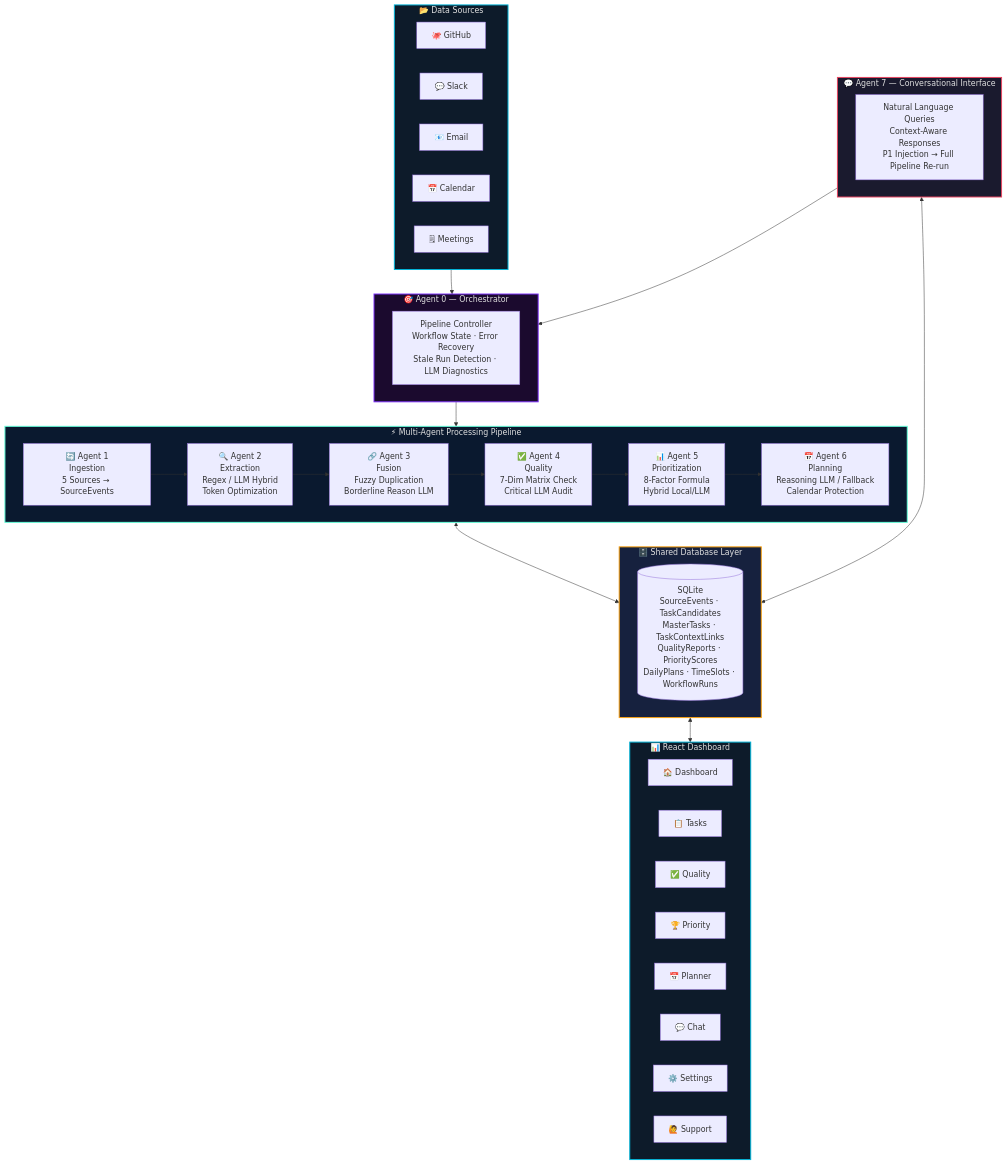
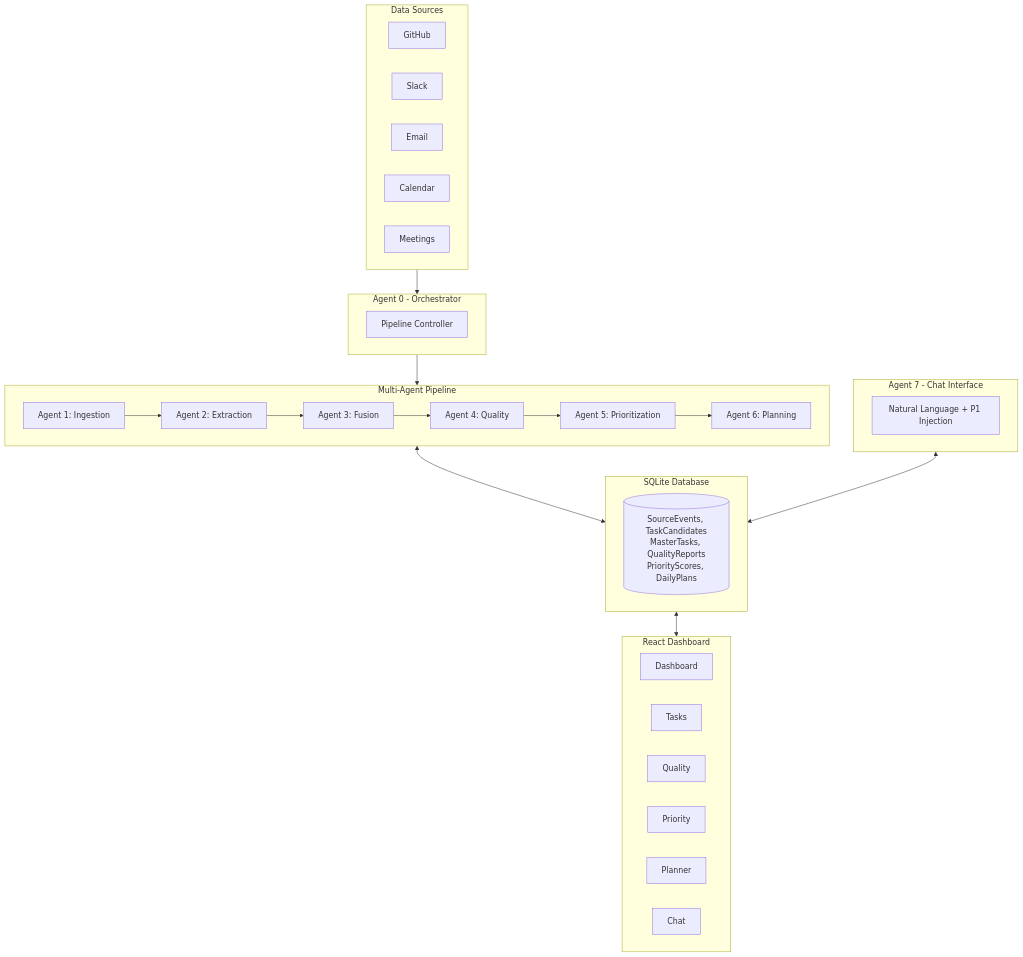
The first of 3 diagrams in README.md (IdeaForg-e/TaskPilot-AI), drawn with Mermaid before and after one commit. The commit also changed other lines of this file and 22 other files, not shown here.

````diff
--- a/README.md
+++ b/README.md
@@ -98,62 +86,49 @@
 ```mermaid
 flowchart TB
-    subgraph DS["📂 Data Sources"]
+    subgraph DS["Data Sources"]
         direction LR
-        GH["🐙 GitHub"]
-        SL["💬 Slack"]
-        EM["📧 Email"]
-        CA["📅 Calendar"]
-        MT["🗒 Meetings"]
+        GH["GitHub"]
+        SL["Slack"]
+        EM["Email"]
+        CA["Calendar"]
+        MT["Meetings"]
     end
 
-    subgraph ORCH["🎯 Agent 0 — Orchestrator"]
-        direction LR
-        OC["Pipeline Controller\nWorkflow State · Error Recovery\nStale Run Detection · LLM Diagnostics"]
+    subgraph ORCH["Agent 0 - Orchestrator"]
+        OC["Pipeline Controller"]
     end
 
-    subgraph PIPELINE["⚡ Multi-Agent Processing Pipeline"]
+    subgraph PIPELINE["Multi-Agent Pipeline"]
         direction LR
-        A1["🔄 Agent 1\nIngestion\n5 Sources → SourceEvents"] 
-        A2["🔍 Agent 2\nExtraction\nRegex / LLM Hybrid\nToken Optimization"]
-        A3["🔗 Agent 3\nFusion\nFuzzy Duplication\nBorderline Reason LLM"]
-        A4["✅ Agent 4\nQuality\n7-Dim Matrix Check\nCritical LLM Audit"]
-        A5["📊 Agent 5\nPrioritization\n8-Factor Formula\nHybrid Local/LLM"]
-        A6["📅 Agent 6\nPlanning\nReasoning LLM / Fallback\nCalendar Protection"]
-        
+        A1["Agent 1: Ingestion"]
+        A2["Agent 2: Extraction"]
+        A3["Agent 3: Fusion"]
+        A4["Agent 4: Quality"]
+        A5["Agent 5: Prioritization"]
+        A6["Agent 6: Planning"]
         A1 --> A2 --> A3 --> A4 --> A5 --> A6
     end
 
-    subgraph CHAT["💬 Agent 7 — Conversational Interface"]
-        C1["Natural Language Queries\nContext-Aware Responses\nP1 Injection → Full Pipeline Re-run"]
+    subgraph CHAT["Agent 7 - Chat Interface"]
+        C1["Natural Language + P1 Injection"]
     end
 
-    subgraph DB["🗄️ Shared Database Layer"]
-        SQL[("SQLite\nSourceEvents · TaskCandidates\nMasterTasks · TaskContextLinks\nQualityReports · PriorityScores\nDailyPlans · TimeSlots · WorkflowRuns")]
+    subgraph DB["SQLite Database"]
+        SQL[("SourceEvents, TaskCandidates\nMasterTasks, QualityReports\nPriorityScores, DailyPlans")]
     end
 
-    subgraph FE["📊 React Dashboard"]
+    subgraph FE["React Dashboard"]
         direction LR
-        P1["🏠 Dashboard"]
-        P2["📋 Tasks"]
-        P3["✅ Quality"]
-        P4["🏆 Priority"]
-        P5["📅 Planner"]
-        P6["💬 Chat"]
-        P7["⚙️ Settings"]
-        P8["🙋 Support"]
+        P1["Dashboard"]
+        P2["Tasks"]
+        P3["Quality"]
+        P4["Priority"]
+        P5["Planner"]
+        P6["Chat"]
     end
 
-    DS --> ORCH
-    ORCH --> PIPELINE
+    DS --> ORCH --> PIPELINE
     PIPELINE <--> DB
     CHAT <--> DB
     DB <--> FE
-    CHAT --> ORCH
-
-    style DS fill:#0d1b2a,stroke:#00b4d8,stroke-width:2px,color:#e0e0e0
-    style ORCH fill:#1b0a2e,stroke:#7b2ff7,stroke-width:2px,color:#e0e0e0
-    style PIPELINE fill:#0a192f,stroke:#64ffda,stroke-width:2px,color:#e0e0e0
-    style CHAT fill:#1a1a2e,stroke:#e94560,stroke-width:2px,color:#e0e0e0
-    style DB fill:#16213e,stroke:#fca311,stroke-width:2px,color:#e0e0e0
-    style FE fill:#0d1b2a,stroke:#00b4d8,stroke-width:2px,color:#e0e0e0
 ```
````
